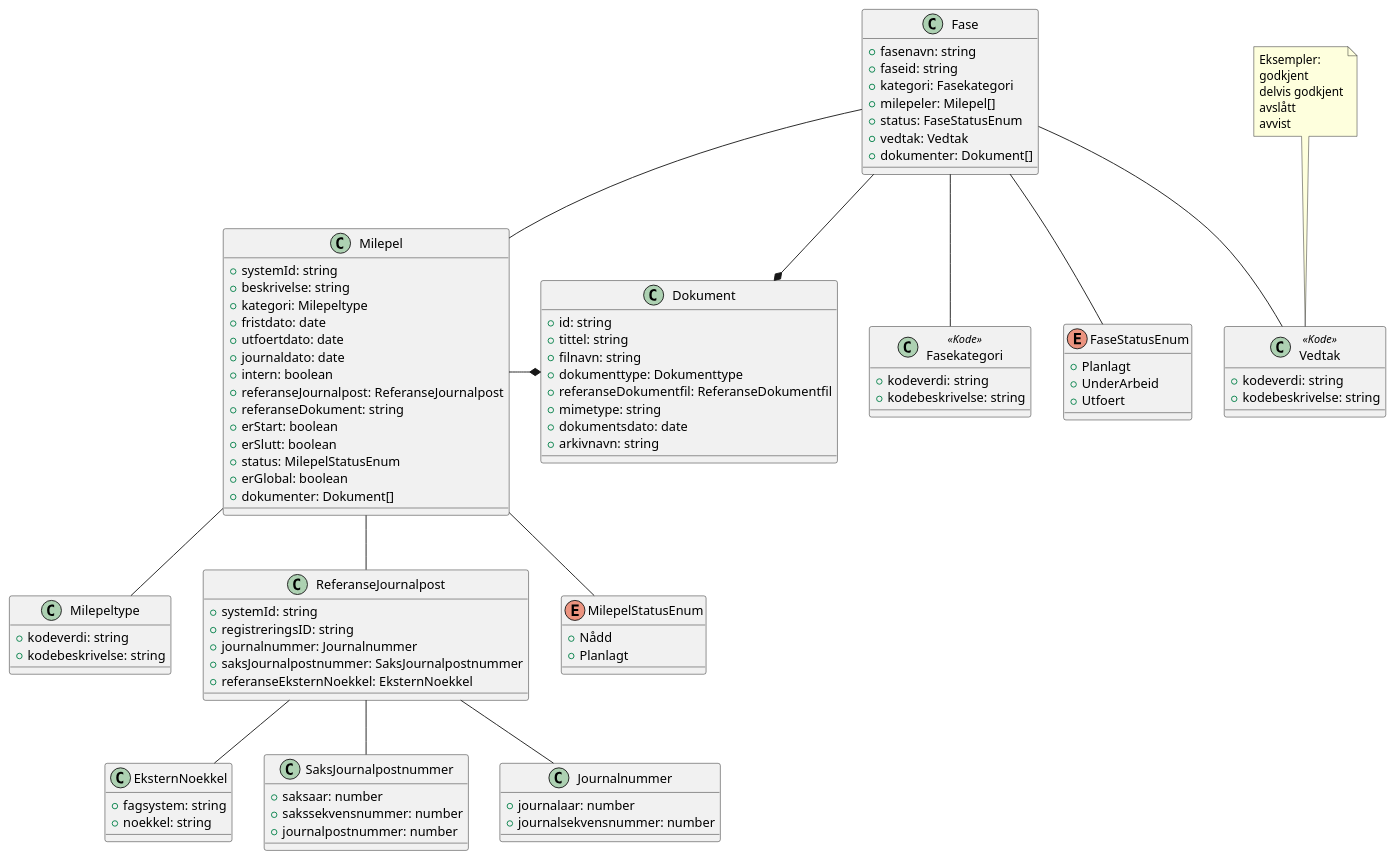
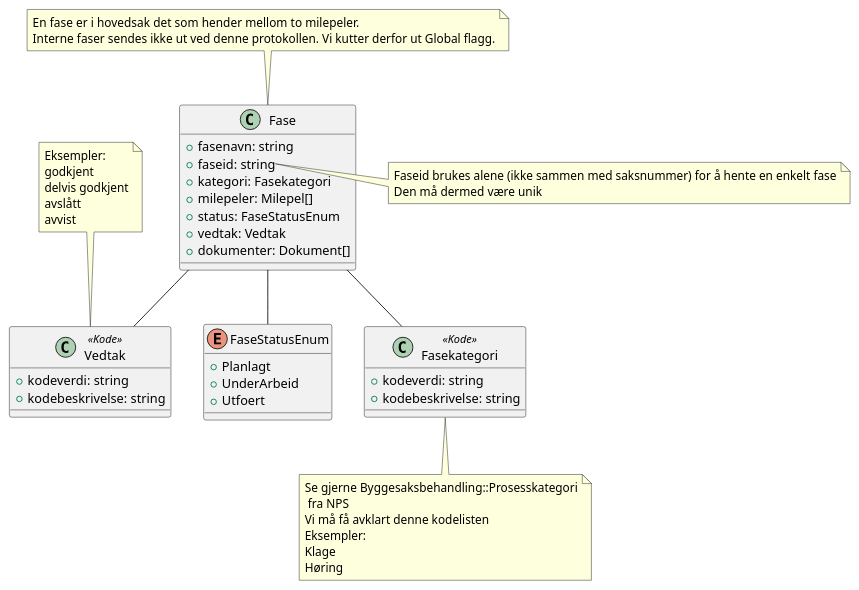
Before and after one commit to ks-no/fiks-saksfaser-specification: the diagram in Dokumentasjon/V1/ClassDiagrams/no.ks.fiks.saksfaser.v1.felles.fase/classdiagram.pu, drawn with PlantUML. The commit also changed 18 other files, not shown here.

Commit message:
Bruker include av diagrammer. Mye lettere å vedlikelholde nå

```diff
--- a/Dokumentasjon/V1/ClassDiagrams/no.ks.fiks.saksfaser.v1.felles.fase/classdiagram.pu
+++ b/Dokumentasjon/V1/ClassDiagrams/no.ks.fiks.saksfaser.v1.felles.fase/classdiagram.pu
@@ -1,108 +1,45 @@
 @startuml
 
 class Fase {
     +fasenavn: string
     +faseid: string
     +kategori: Fasekategori
     +milepeler: Milepel[]
     +status: FaseStatusEnum
     +vedtak: Vedtak
     +dokumenter: Dokument[]
 }
 
-Fase -* Dokument
-Fase -- Milepel
-Fase -- Fasekategori
+note top of Fase : En fase er i hovedsak det som hender mellom to milepeler.\nInterne faser sendes ikke ut ved denne protokollen. Vi kutter derfor ut Global flagg.
+
+note right of Fase::faseid
+    Faseid brukes alene (ikke sammen med saksnummer) for å hente en enkelt fase
+    Den må dermed være unik 
+end note 
+
 Fase -- Vedtak
 Fase -- FaseStatusEnum
+Fase -- Fasekategori
 
 enum FaseStatusEnum {
     +Planlagt
     +UnderArbeid
     +Utfoert
 }
 
 note top of Vedtak : Eksempler:\ngodkjent\ndelvis godkjent\navslått\navvist 
 
 class Vedtak <<Kode>> {
     +kodeverdi: string
     +kodebeskrivelse: string
 }
 
 class Fasekategori <<Kode>> {
     +kodeverdi: string
     +kodebeskrivelse: string
 }
 
-class Milepel {
-    +systemId: string
-    +beskrivelse: string
-    +kategori: Milepeltype
-    +fristdato: date
-    +utfoertdato: date
-    +journaldato: date
-    +intern: boolean
-    +referanseJournalpost: ReferanseJournalpost
-    +referanseDokument: string
-    +erStart: boolean
-    +erSlutt: boolean
-    +status: MilepelStatusEnum
-    +erGlobal: boolean
-    +dokumenter: Dokument[]
-}
+note bottom of Fasekategori : Se gjerne Byggesaksbehandling::Prosesskategori\n fra NPS\nVi må få avklart denne kodelisten\nEksempler:\nKlage\nHøring 
 
-Milepel -- Milepeltype
-Milepel -- ReferanseJournalpost
-
-class Milepeltype {
-    +kodeverdi: string
-    +kodebeskrivelse: string
-}
-
-class ReferanseJournalpost {
-    +systemId: string
-    +registreringsID: string
-    +journalnummer: Journalnummer
-    +saksJournalpostnummer: SaksJournalpostnummer
-    +referanseEksternNoekkel: EksternNoekkel
-}
-
-Milepel -- MilepelStatusEnum
-Milepel -* Dokument
-ReferanseJournalpost -- EksternNoekkel
-ReferanseJournalpost -- SaksJournalpostnummer
-ReferanseJournalpost -- Journalnummer
-
-class SaksJournalpostnummer {
-    +saksaar: number
-    +sakssekvensnummer: number
-    +journalpostnummer: number
-}
-
-class Journalnummer {
-    +journalaar: number
-    +journalsekvensnummer: number
-}
-
-class EksternNoekkel {
-    +fagsystem: string
-    +noekkel: string
-}
-
-class Dokument {
-    +id: string
-    +tittel: string
-    +filnavn: string
-    +dokumenttype: Dokumenttype
-    +referanseDokumentfil: ReferanseDokumentfil
-    +mimetype: string
-    +dokumentsdato: date
-    +arkivnavn: string
-}
-
-enum MilepelStatusEnum {
-    +Nådd
-    +Planlagt
-}
 
 @enduml
```
